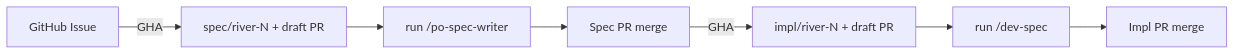
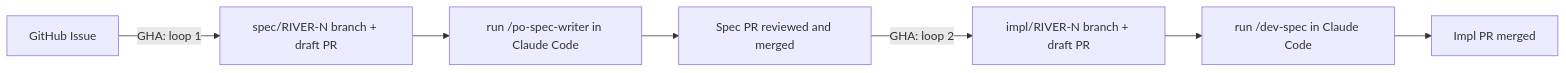
The diagram in README.md (bsterligov/river-spec), drawn with Mermaid before and after one commit. The commit also changed other lines of this file and 2 other files, not shown here.

````diff
--- a/README.md
+++ b/README.md
@@ -19,9 +21,9 @@
 ```mermaid
 flowchart LR
-    A[GitHub Issue] -->|GHA| B["spec/river-N + draft PR"]
-    B --> C["run /po-spec-writer"]
-    C --> D[Spec PR merge]
-    D -->|GHA| E["impl/river-N + draft PR"]
-    E --> F["run /dev-spec"]
-    F --> G[Impl PR merge]
+    A[GitHub Issue] -->|GHA: loop 1| B["spec/RIVER-N branch + draft PR"]
+    B --> C["run /po-spec-writer in Claude Code"]
+    C --> D[Spec PR reviewed and merged]
+    D -->|GHA: loop 2| E["impl/RIVER-N branch + draft PR"]
+    E --> F["run /dev-spec in Claude Code"]
+    F --> G[Impl PR merged]
 ```
````
